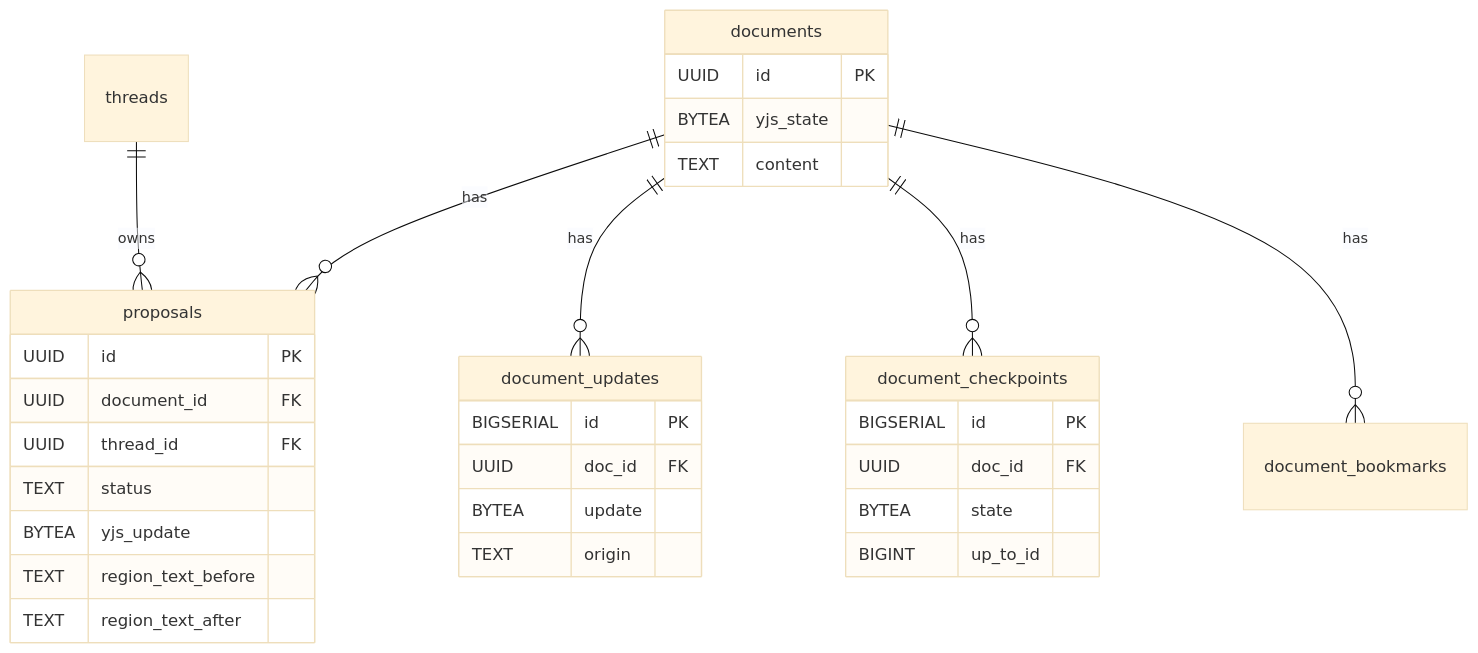
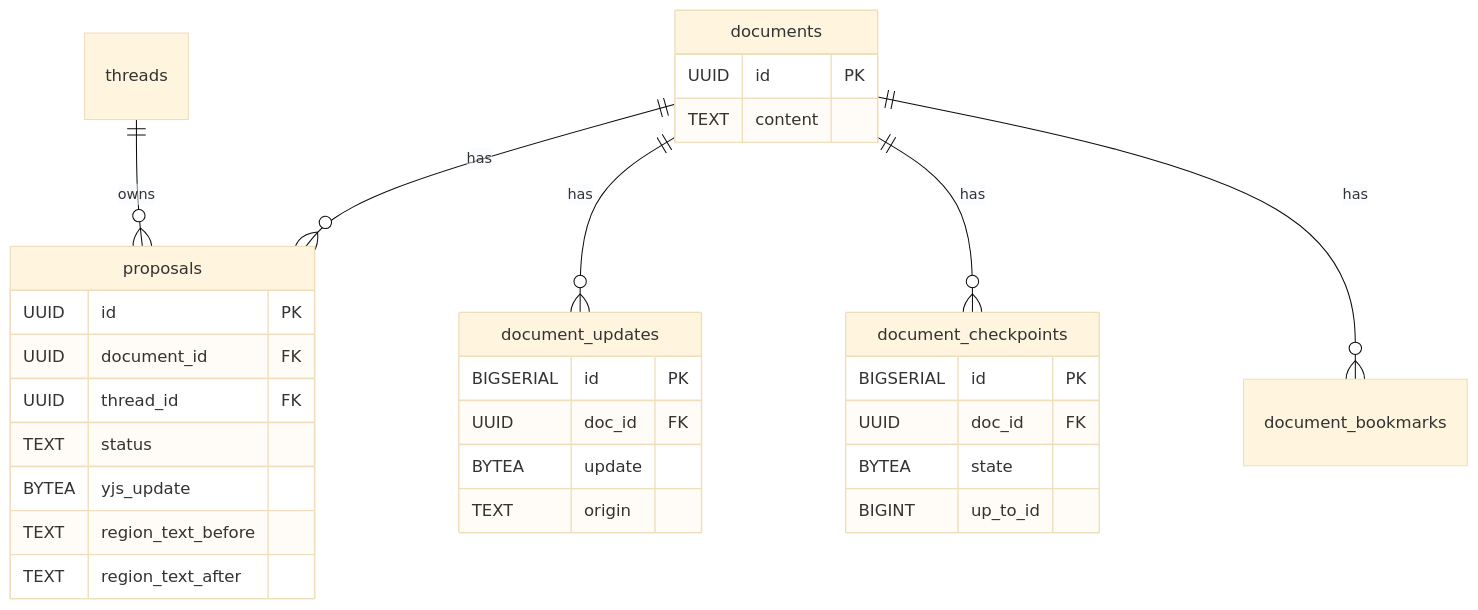
One commit to haowjy/meridian-flow changed the first of 2 diagrams in _docs/plans/collab-review-v2/spec/schema-design.md. Above: the diagram before and after it, drawn with Mermaid (base theme). The commit also changed 4 other files, not shown here.

````diff
--- a/_docs/plans/collab-review-v2/spec/schema-design.md
+++ b/_docs/plans/collab-review-v2/spec/schema-design.md
@@ -11,35 +11,34 @@
 ```mermaid
 erDiagram
     documents ||--o{ proposals : has
     documents ||--o{ document_updates : has
     documents ||--o{ document_checkpoints : has
     documents ||--o{ document_bookmarks : has
     threads ||--o{ proposals : owns
 
     documents {
         UUID id PK
-        BYTEA yjs_state
         TEXT content
     }
     proposals {
         UUID id PK
         UUID document_id FK
         UUID thread_id FK
         TEXT status
         BYTEA yjs_update
         TEXT region_text_before
         TEXT region_text_after
     }
     document_updates {
         BIGSERIAL id PK
         UUID doc_id FK
         BYTEA update
         TEXT origin
     }
     document_checkpoints {
         BIGSERIAL id PK
         UUID doc_id FK
         BYTEA state
         BIGINT up_to_id
     }
 ```
````
